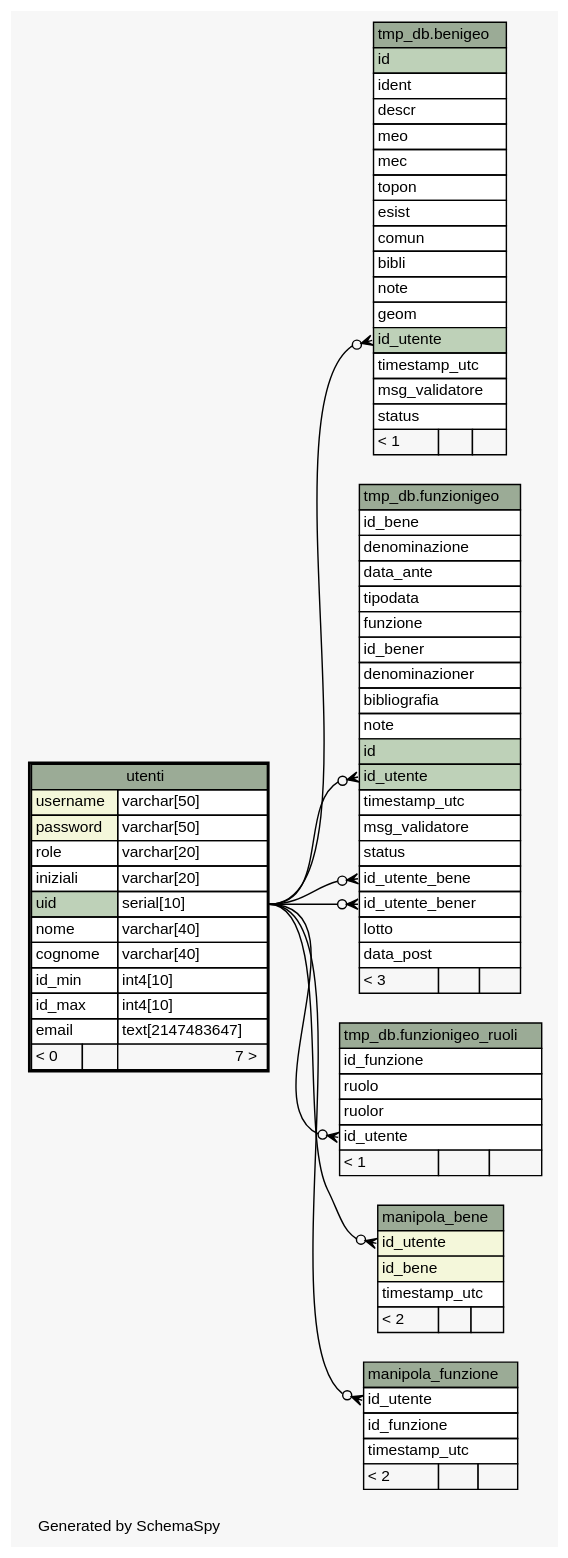
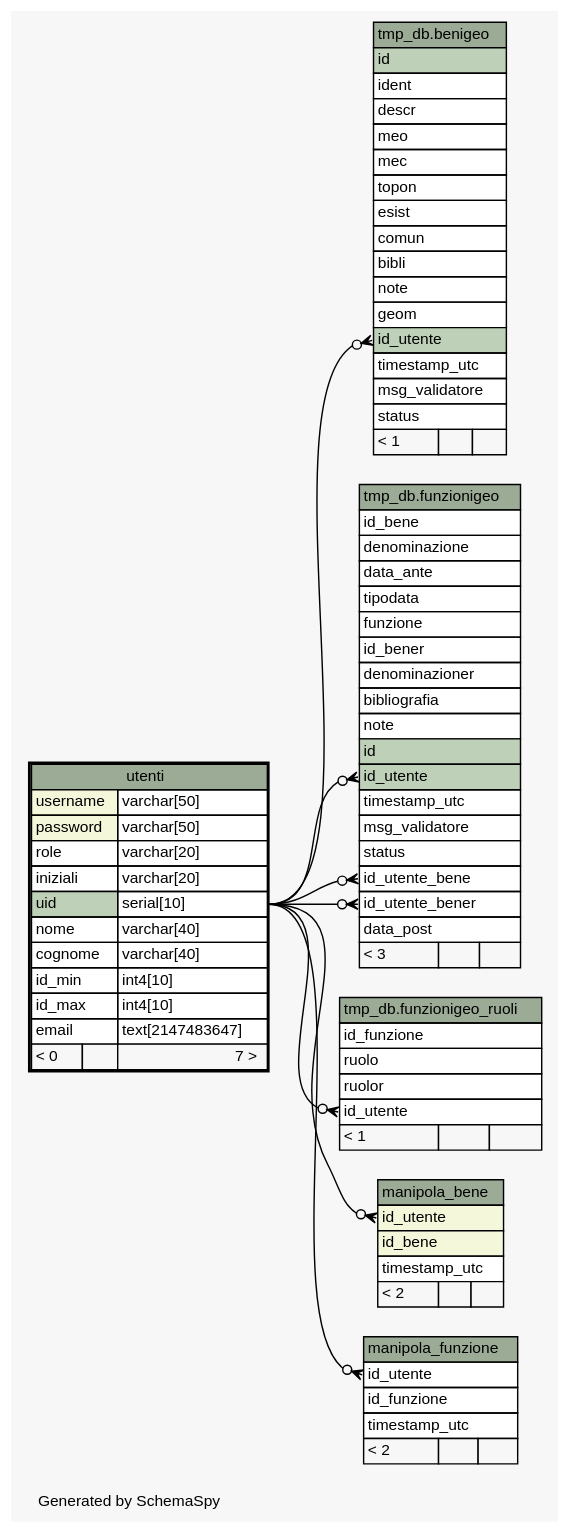
The diagram in databaseSchemaInterattivo/public/diagrams/utenti.1degree.dot (MaurizioRicci/beniInLunigianaServer), drawn with Graphviz before and after one commit. The commit also changed 223 other files, not shown here.

Commit message:
aggiornato schema interattivo & dump

```diff
--- a/databaseSchemaInterattivo/public/diagrams/utenti.1degree.dot
+++ b/databaseSchemaInterattivo/public/diagrams/utenti.1degree.dot
@@ -1,136 +1,135 @@
 // dot 2.38.0 on Windows 10 10.0
 // SchemaSpy rev 590
 digraph "oneDegreeRelationshipsDiagram" {
   graph [
     rankdir="RL"
     bgcolor="#f7f7f7"
     label="\nGenerated by SchemaSpy"
     labeljust="l"
     nodesep="0.18"
     ranksep="0.46"
     fontname="Helvetica"
     fontsize="11"
   ];
   node [
     fontname="Helvetica"
     fontsize="11"
     shape="plaintext"
   ];
   edge [
     arrowsize="0.8"
   ];
   "tmp_db.benigeo":"id_utente":w -> "utenti":"uid.type":e [arrowhead=none dir=back arrowtail=crowodot];
   "tmp_db.funzionigeo":"id_utente":w -> "utenti":"uid.type":e [arrowhead=none dir=back arrowtail=crowodot];
   "tmp_db.funzionigeo":"id_utente_bene":w -> "utenti":"uid.type":e [arrowhead=none dir=back arrowtail=crowodot];
   "tmp_db.funzionigeo":"id_utente_bener":w -> "utenti":"uid.type":e [arrowhead=none dir=back arrowtail=crowodot];
   "tmp_db.funzionigeo_ruoli":"id_utente":w -> "utenti":"uid.type":e [arrowhead=none dir=back arrowtail=crowodot];
   "manipola_bene":"id_utente":w -> "utenti":"uid.type":e [arrowhead=none dir=back arrowtail=crowodot];
   "manipola_funzione":"id_utente":w -> "utenti":"uid.type":e [arrowhead=none dir=back arrowtail=crowodot];
   "tmp_db.benigeo" [
     label=<
     <TABLE BORDER="0" CELLBORDER="1" CELLSPACING="0" BGCOLOR="#ffffff">
       <TR><TD COLSPAN="3" BGCOLOR="#9bab96" ALIGN="CENTER">tmp_db.benigeo</TD></TR>
       <TR><TD PORT="id" COLSPAN="3" BGCOLOR="#bed1b8" ALIGN="LEFT">id</TD></TR>
       <TR><TD PORT="ident" COLSPAN="3" ALIGN="LEFT">ident</TD></TR>
       <TR><TD PORT="descr" COLSPAN="3" ALIGN="LEFT">descr</TD></TR>
       <TR><TD PORT="meo" COLSPAN="3" ALIGN="LEFT">meo</TD></TR>
       <TR><TD PORT="mec" COLSPAN="3" ALIGN="LEFT">mec</TD></TR>
       <TR><TD PORT="topon" COLSPAN="3" ALIGN="LEFT">topon</TD></TR>
       <TR><TD PORT="esist" COLSPAN="3" ALIGN="LEFT">esist</TD></TR>
       <TR><TD PORT="comun" COLSPAN="3" ALIGN="LEFT">comun</TD></TR>
       <TR><TD PORT="bibli" COLSPAN="3" ALIGN="LEFT">bibli</TD></TR>
       <TR><TD PORT="note" COLSPAN="3" ALIGN="LEFT">note</TD></TR>
       <TR><TD PORT="geom" COLSPAN="3" ALIGN="LEFT">geom</TD></TR>
       <TR><TD PORT="id_utente" COLSPAN="3" BGCOLOR="#bed1b8" ALIGN="LEFT">id_utente</TD></TR>
       <TR><TD PORT="timestamp_utc" COLSPAN="3" ALIGN="LEFT">timestamp_utc</TD></TR>
       <TR><TD PORT="msg_validatore" COLSPAN="3" ALIGN="LEFT">msg_validatore</TD></TR>
       <TR><TD PORT="status" COLSPAN="3" ALIGN="LEFT">status</TD></TR>
       <TR><TD ALIGN="LEFT" BGCOLOR="#f7f7f7">&lt; 1</TD><TD ALIGN="RIGHT" BGCOLOR="#f7f7f7">  </TD><TD ALIGN="RIGHT" BGCOLOR="#f7f7f7">  </TD></TR>
     </TABLE>>
     URL="../../tmp_db/tables/benigeo.html"
     tooltip="tmp_db.benigeo"
   ];
   "tmp_db.funzionigeo" [
     label=<
     <TABLE BORDER="0" CELLBORDER="1" CELLSPACING="0" BGCOLOR="#ffffff">
       <TR><TD COLSPAN="3" BGCOLOR="#9bab96" ALIGN="CENTER">tmp_db.funzionigeo</TD></TR>
       <TR><TD PORT="id_bene" COLSPAN="3" ALIGN="LEFT">id_bene</TD></TR>
       <TR><TD PORT="denominazione" COLSPAN="3" ALIGN="LEFT">denominazione</TD></TR>
       <TR><TD PORT="data_ante" COLSPAN="3" ALIGN="LEFT">data_ante</TD></TR>
       <TR><TD PORT="tipodata" COLSPAN="3" ALIGN="LEFT">tipodata</TD></TR>
       <TR><TD PORT="funzione" COLSPAN="3" ALIGN="LEFT">funzione</TD></TR>
       <TR><TD PORT="id_bener" COLSPAN="3" ALIGN="LEFT">id_bener</TD></TR>
       <TR><TD PORT="denominazioner" COLSPAN="3" ALIGN="LEFT">denominazioner</TD></TR>
       <TR><TD PORT="bibliografia" COLSPAN="3" ALIGN="LEFT">bibliografia</TD></TR>
       <TR><TD PORT="note" COLSPAN="3" ALIGN="LEFT">note</TD></TR>
       <TR><TD PORT="id" COLSPAN="3" BGCOLOR="#bed1b8" ALIGN="LEFT">id</TD></TR>
       <TR><TD PORT="id_utente" COLSPAN="3" BGCOLOR="#bed1b8" ALIGN="LEFT">id_utente</TD></TR>
       <TR><TD PORT="timestamp_utc" COLSPAN="3" ALIGN="LEFT">timestamp_utc</TD></TR>
       <TR><TD PORT="msg_validatore" COLSPAN="3" ALIGN="LEFT">msg_validatore</TD></TR>
       <TR><TD PORT="status" COLSPAN="3" ALIGN="LEFT">status</TD></TR>
       <TR><TD PORT="id_utente_bene" COLSPAN="3" ALIGN="LEFT">id_utente_bene</TD></TR>
       <TR><TD PORT="id_utente_bener" COLSPAN="3" ALIGN="LEFT">id_utente_bener</TD></TR>
-      <TR><TD PORT="lotto" COLSPAN="3" ALIGN="LEFT">lotto</TD></TR>
       <TR><TD PORT="data_post" COLSPAN="3" ALIGN="LEFT">data_post</TD></TR>
       <TR><TD ALIGN="LEFT" BGCOLOR="#f7f7f7">&lt; 3</TD><TD ALIGN="RIGHT" BGCOLOR="#f7f7f7">  </TD><TD ALIGN="RIGHT" BGCOLOR="#f7f7f7">  </TD></TR>
     </TABLE>>
     URL="../../tmp_db/tables/funzionigeo.html"
     tooltip="tmp_db.funzionigeo"
   ];
   "tmp_db.funzionigeo_ruoli" [
     label=<
     <TABLE BORDER="0" CELLBORDER="1" CELLSPACING="0" BGCOLOR="#ffffff">
       <TR><TD COLSPAN="3" BGCOLOR="#9bab96" ALIGN="CENTER">tmp_db.funzionigeo_ruoli</TD></TR>
       <TR><TD PORT="id_funzione" COLSPAN="3" ALIGN="LEFT">id_funzione</TD></TR>
       <TR><TD PORT="ruolo" COLSPAN="3" ALIGN="LEFT">ruolo</TD></TR>
       <TR><TD PORT="ruolor" COLSPAN="3" ALIGN="LEFT">ruolor</TD></TR>
       <TR><TD PORT="id_utente" COLSPAN="3" ALIGN="LEFT">id_utente</TD></TR>
       <TR><TD ALIGN="LEFT" BGCOLOR="#f7f7f7">&lt; 1</TD><TD ALIGN="RIGHT" BGCOLOR="#f7f7f7">  </TD><TD ALIGN="RIGHT" BGCOLOR="#f7f7f7">  </TD></TR>
     </TABLE>>
     URL="../../tmp_db/tables/funzionigeo_ruoli.html"
     tooltip="tmp_db.funzionigeo_ruoli"
   ];
   "manipola_bene" [
     label=<
     <TABLE BORDER="0" CELLBORDER="1" CELLSPACING="0" BGCOLOR="#ffffff">
       <TR><TD COLSPAN="3" BGCOLOR="#9bab96" ALIGN="CENTER">manipola_bene</TD></TR>
       <TR><TD PORT="id_utente" COLSPAN="3" BGCOLOR="#f4f7da" ALIGN="LEFT">id_utente</TD></TR>
       <TR><TD PORT="id_bene" COLSPAN="3" BGCOLOR="#f4f7da" ALIGN="LEFT">id_bene</TD></TR>
       <TR><TD PORT="timestamp_utc" COLSPAN="3" ALIGN="LEFT">timestamp_utc</TD></TR>
       <TR><TD ALIGN="LEFT" BGCOLOR="#f7f7f7">&lt; 2</TD><TD ALIGN="RIGHT" BGCOLOR="#f7f7f7">  </TD><TD ALIGN="RIGHT" BGCOLOR="#f7f7f7">  </TD></TR>
     </TABLE>>
     URL="manipola_bene.html"
     tooltip="manipola_bene"
   ];
   "manipola_funzione" [
     label=<
     <TABLE BORDER="0" CELLBORDER="1" CELLSPACING="0" BGCOLOR="#ffffff">
       <TR><TD COLSPAN="3" BGCOLOR="#9bab96" ALIGN="CENTER">manipola_funzione</TD></TR>
       <TR><TD PORT="id_utente" COLSPAN="3" ALIGN="LEFT">id_utente</TD></TR>
       <TR><TD PORT="id_funzione" COLSPAN="3" ALIGN="LEFT">id_funzione</TD></TR>
       <TR><TD PORT="timestamp_utc" COLSPAN="3" ALIGN="LEFT">timestamp_utc</TD></TR>
       <TR><TD ALIGN="LEFT" BGCOLOR="#f7f7f7">&lt; 2</TD><TD ALIGN="RIGHT" BGCOLOR="#f7f7f7">  </TD><TD ALIGN="RIGHT" BGCOLOR="#f7f7f7">  </TD></TR>
     </TABLE>>
     URL="manipola_funzione.html"
     tooltip="manipola_funzione"
   ];
   "utenti" [
     label=<
     <TABLE BORDER="2" CELLBORDER="1" CELLSPACING="0" BGCOLOR="#ffffff">
       <TR><TD COLSPAN="3" BGCOLOR="#9bab96" ALIGN="CENTER">utenti</TD></TR>
       <TR><TD PORT="username" COLSPAN="2" BGCOLOR="#f4f7da" ALIGN="LEFT">username</TD><TD PORT="username.type" ALIGN="LEFT">varchar[50]</TD></TR>
       <TR><TD PORT="password" COLSPAN="2" BGCOLOR="#f4f7da" ALIGN="LEFT">password</TD><TD PORT="password.type" ALIGN="LEFT">varchar[50]</TD></TR>
       <TR><TD PORT="role" COLSPAN="2" ALIGN="LEFT">role</TD><TD PORT="role.type" ALIGN="LEFT">varchar[20]</TD></TR>
       <TR><TD PORT="iniziali" COLSPAN="2" ALIGN="LEFT">iniziali</TD><TD PORT="iniziali.type" ALIGN="LEFT">varchar[20]</TD></TR>
       <TR><TD PORT="uid" COLSPAN="2" BGCOLOR="#bed1b8" ALIGN="LEFT">uid</TD><TD PORT="uid.type" ALIGN="LEFT">serial[10]</TD></TR>
       <TR><TD PORT="nome" COLSPAN="2" ALIGN="LEFT">nome</TD><TD PORT="nome.type" ALIGN="LEFT">varchar[40]</TD></TR>
       <TR><TD PORT="cognome" COLSPAN="2" ALIGN="LEFT">cognome</TD><TD PORT="cognome.type" ALIGN="LEFT">varchar[40]</TD></TR>
       <TR><TD PORT="id_min" COLSPAN="2" ALIGN="LEFT">id_min</TD><TD PORT="id_min.type" ALIGN="LEFT">int4[10]</TD></TR>
       <TR><TD PORT="id_max" COLSPAN="2" ALIGN="LEFT">id_max</TD><TD PORT="id_max.type" ALIGN="LEFT">int4[10]</TD></TR>
       <TR><TD PORT="email" COLSPAN="2" ALIGN="LEFT">email</TD><TD PORT="email.type" ALIGN="LEFT">text[2147483647]</TD></TR>
       <TR><TD ALIGN="LEFT" BGCOLOR="#f7f7f7">&lt; 0</TD><TD ALIGN="RIGHT" BGCOLOR="#f7f7f7">  </TD><TD ALIGN="RIGHT" BGCOLOR="#f7f7f7">7 &gt;</TD></TR>
     </TABLE>>
     URL="utenti.html"
     tooltip="utenti"
   ];
 }
```
